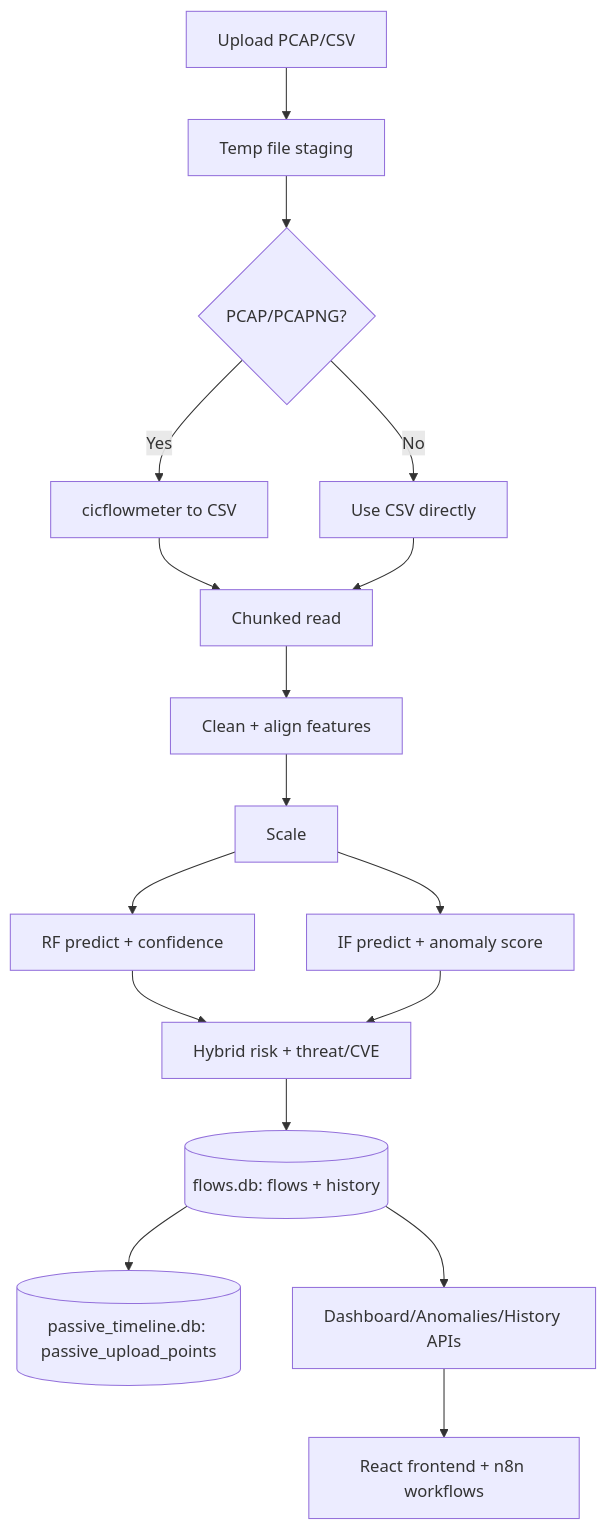
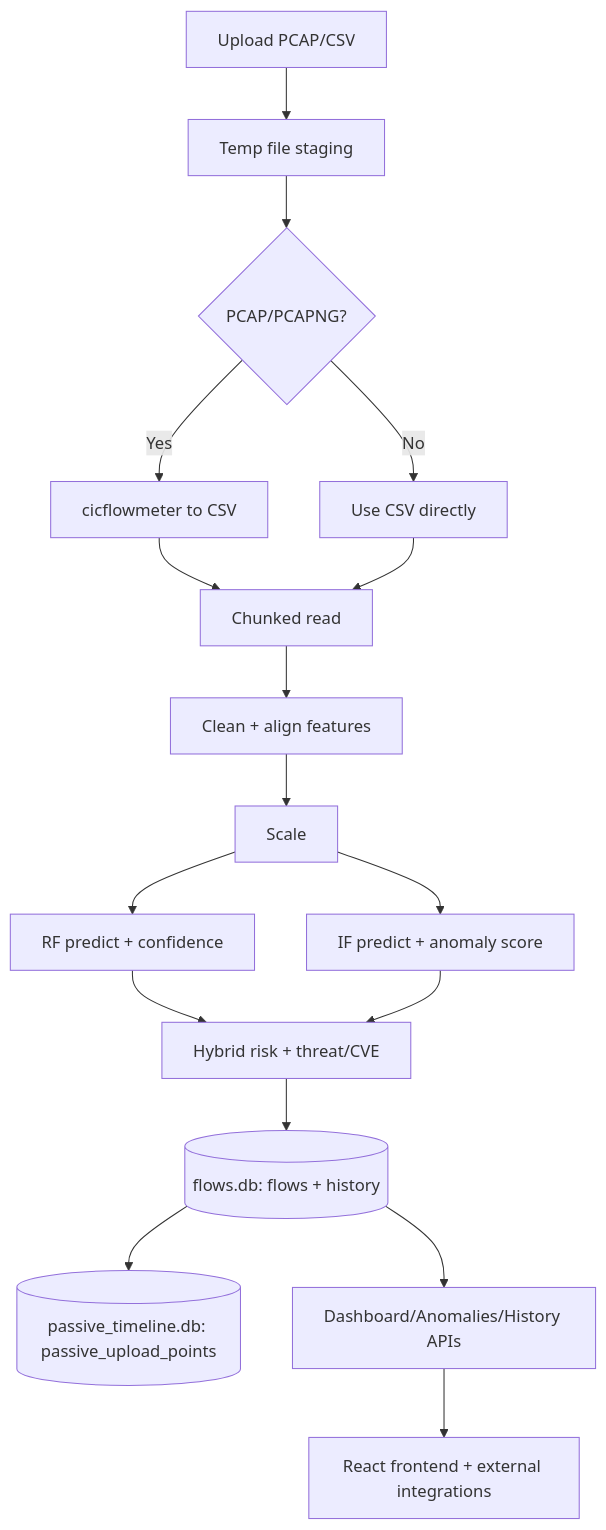
One commit to nalintern2026/nal changed the diagram in docs/05_dataflow.md. Above: the diagram before and after it, drawn with Mermaid. The commit also changed other lines of this file and 53 other files, not shown here.

````diff
--- a/docs/05_dataflow.md
+++ b/docs/05_dataflow.md
@@ -50,19 +50,19 @@
 ```mermaid
 flowchart TD
   A[Upload PCAP/CSV] --> B[Temp file staging]
   B --> C{PCAP/PCAPNG?}
   C -- Yes --> D[cicflowmeter to CSV]
   C -- No --> E[Use CSV directly]
   D --> F[Chunked read]
   E --> F
   F --> G[Clean + align features]
   G --> H[Scale]
   H --> I[RF predict + confidence]
   H --> J[IF predict + anomaly score]
   I --> K[Hybrid risk + threat/CVE]
   J --> K
   K --> L[(flows.db: flows + history)]
   L --> O[(passive_timeline.db: passive_upload_points)]
   L --> M[Dashboard/Anomalies/History APIs]
-  M --> N[React frontend + n8n workflows]
+  M --> N[React frontend + external integrations]
 ```
````
